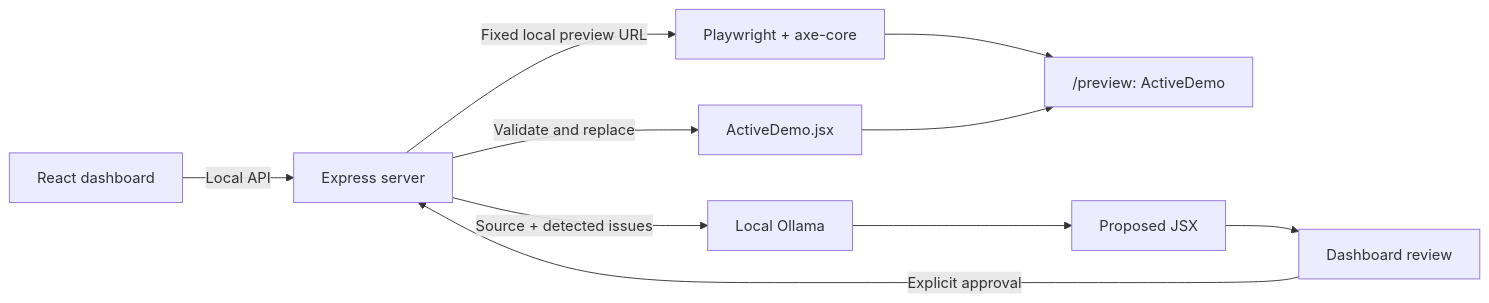
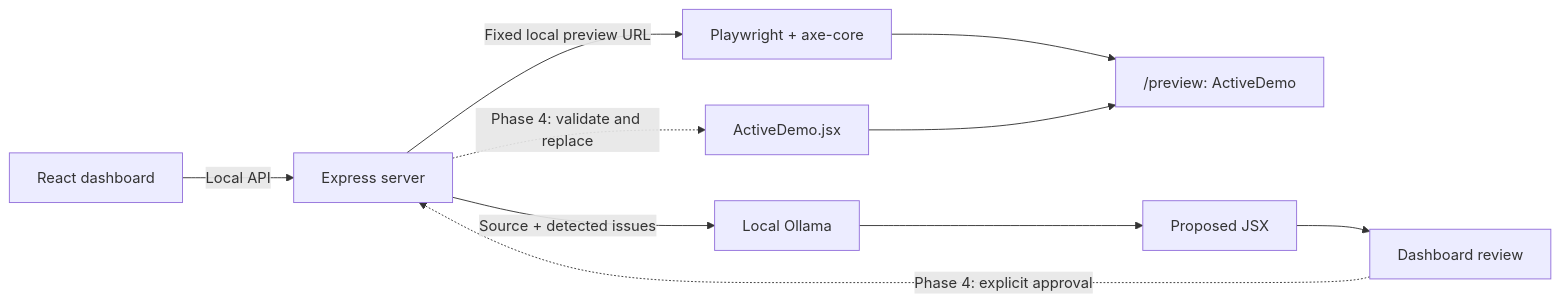
One commit to kanwar05/AccessFix-AI changed the diagram in docs/architecture.md. Above: the diagram before and after it, drawn with Mermaid. The commit also changed other lines of this file and 21 other files, not shown here.

````diff
--- a/docs/architecture.md
+++ b/docs/architecture.md
@@ -13,12 +13,12 @@
 ```mermaid
 flowchart LR
   D[React dashboard] -->|Local API| E[Express server]
   E -->|Fixed local preview URL| P[Playwright + axe-core]
   P --> V["/preview: ActiveDemo"]
   E -->|Source + detected issues| O[Local Ollama]
   O --> C[Proposed JSX]
   C --> R[Dashboard review]
-  R -->|Explicit approval| E
-  E -->|Validate and replace| F[ActiveDemo.jsx]
+  R -.->|Phase 4: explicit approval| E
+  E -.->|Phase 4: validate and replace| F[ActiveDemo.jsx]
   F --> V
 ```
````
